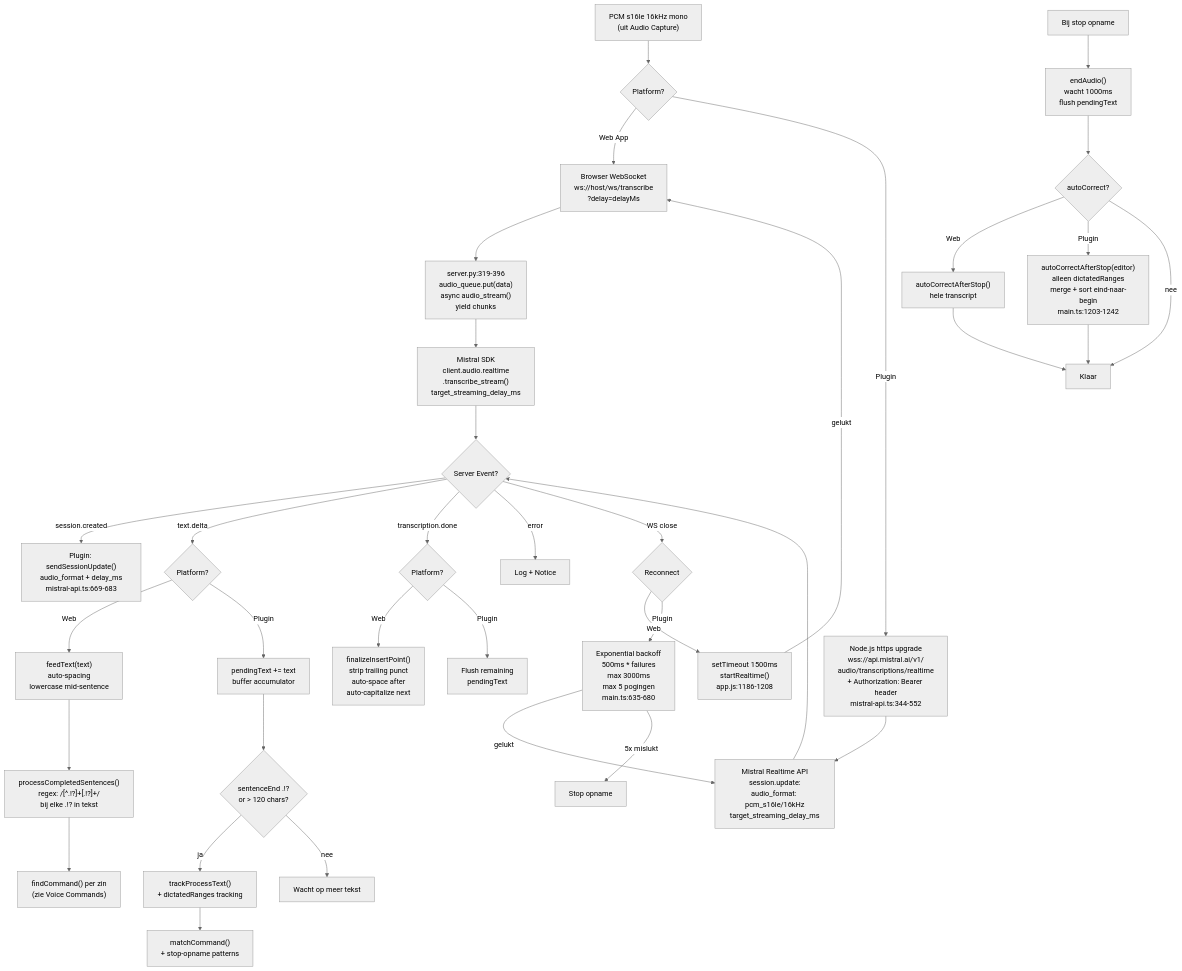
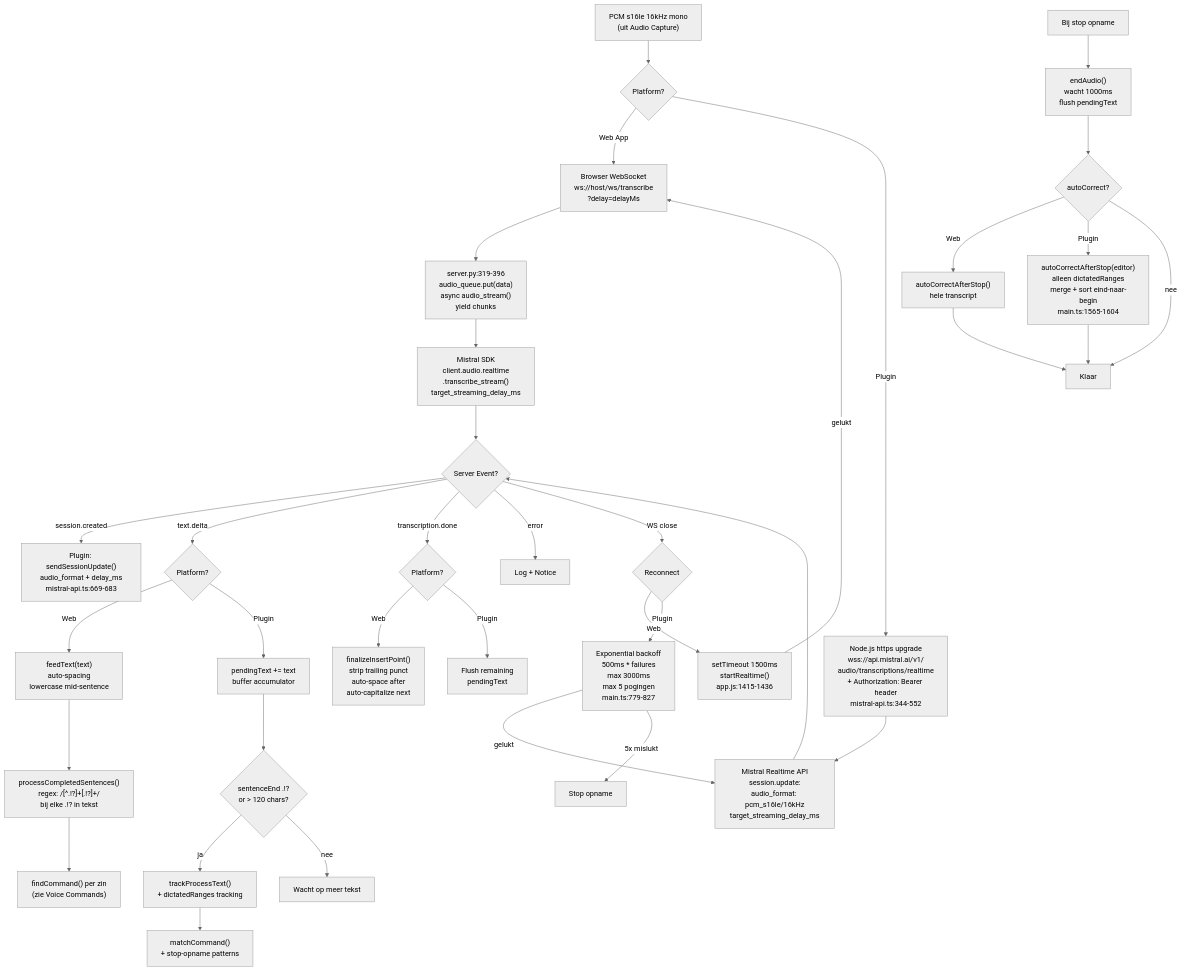
One commit to maxonamission/voxtral-transcribe changed the third of 8 diagrams in AUDIO-FLOW.md. Above: the diagram before and after it, drawn with Mermaid (neutral theme). The commit also changed other lines of this file, not shown here.

First line of the commit message:
Update AUDIO-FLOW.md to match current codebase

````diff
--- a/AUDIO-FLOW.md
+++ b/AUDIO-FLOW.md
@@ -146,52 +146,52 @@
 ```mermaid
 flowchart TB
     PCM["PCM s16le 16kHz mono\n(uit Audio Capture)"]
 
     PCM --> WS_CONN{"Platform?"}
     WS_CONN -- "Web App" --> WS_WEB["Browser WebSocket\nws://host/ws/transcribe\n?delay=delayMs"]
     WS_CONN -- "Plugin" --> WS_PLG["Node.js https upgrade\nwss://api.mistral.ai/v1/\naudio/transcriptions/realtime\n+ Authorization: Bearer header\nmistral-api.ts:344-552"]
 
     WS_WEB --> SERVER["server.py:319-396\naudio_queue.put(data)\nasync audio_stream()\nyield chunks"]
     SERVER --> MISTRAL["Mistral SDK\nclient.audio.realtime\n.transcribe_stream()\ntarget_streaming_delay_ms"]
     WS_PLG --> MISTRAL_D["Mistral Realtime API\nsession.update:\naudio_format: pcm_s16le/16kHz\ntarget_streaming_delay_ms"]
 
     MISTRAL --> EVENTS
     MISTRAL_D --> EVENTS
 
     EVENTS{"Server Event?"}
 
     EVENTS -- "session.created" --> SESSION["Plugin: sendSessionUpdate()\naudio_format + delay_ms\nmistral-api.ts:669-683"]
 
     EVENTS -- "text.delta" --> DELTA_SPLIT{"Platform?"}
     DELTA_SPLIT -- "Web" --> FEED["feedText(text)\nauto-spacing\nlowercase mid-sentence"]
     DELTA_SPLIT -- "Plugin" --> PEND["pendingText += text\nbuffer accumulator"]
 
     FEED --> PROC_SENT["processCompletedSentences()\nregex: /[^.!?]+[.!?]+/\nbij elke .!? in tekst"]
     PEND --> FLUSH_CHECK{"sentenceEnd .!?\nor > 120 chars?"}
     FLUSH_CHECK -- ja --> TRACK["trackProcessText()\n+ dictatedRanges tracking"]
     FLUSH_CHECK -- nee --> WAIT["Wacht op meer tekst"]
 
     PROC_SENT --> CMD_CHECK["findCommand() per zin\n(zie Voice Commands)"]
     TRACK --> CMD_CHECK2["matchCommand()\n+ stop-opname patterns"]
 
     EVENTS -- "transcription.done" --> DONE_SPLIT{"Platform?"}
     DONE_SPLIT -- "Web" --> FINALIZE["finalizeInsertPoint()\nstrip trailing punct\nauto-space after\nauto-capitalize next"]
     DONE_SPLIT -- "Plugin" --> FLUSH_PEND["Flush remaining\npendingText"]
 
     EVENTS -- "error" --> ERR["Log + Notice"]
 
     EVENTS -- "WS close" --> RECONN{"Reconnect"}
-    RECONN -- "Web" --> RECONN_W["setTimeout 1500ms\nstartRealtime()\napp.js:1186-1208"]
-    RECONN -- "Plugin" --> RECONN_P["Exponential backoff\n500ms * failures\nmax 3000ms\nmax 5 pogingen\nmain.ts:635-680"]
+    RECONN -- "Web" --> RECONN_W["setTimeout 1500ms\nstartRealtime()\napp.js:1415-1436"]
+    RECONN -- "Plugin" --> RECONN_P["Exponential backoff\n500ms * failures\nmax 3000ms\nmax 5 pogingen\nmain.ts:779-827"]
     RECONN_P -- "gelukt" --> MISTRAL_D
     RECONN_W -- "gelukt" --> WS_WEB
     RECONN_P -- "5x mislukt" --> STOP["Stop opname"]
 
     STOP_REC["Bij stop opname"] --> DRAIN["endAudio()\nwacht 1000ms\nflush pendingText"]
     DRAIN --> AC_STOP{"autoCorrect?"}
     AC_STOP -- "Web" --> AC_WEB["autoCorrectAfterStop()\nhele transcript"]
-    AC_STOP -- "Plugin" --> AC_PLG["autoCorrectAfterStop(editor)\nalleen dictatedRanges\nmerge + sort eind-naar-begin\nmain.ts:1203-1242"]
+    AC_STOP -- "Plugin" --> AC_PLG["autoCorrectAfterStop(editor)\nalleen dictatedRanges\nmerge + sort eind-naar-begin\nmain.ts:1565-1604"]
     AC_STOP -- nee --> DONE["Klaar"]
     AC_WEB --> DONE
     AC_PLG --> DONE
 ```
````
